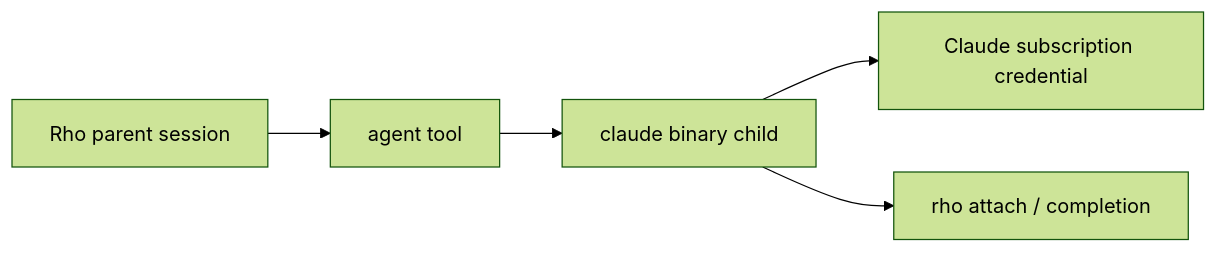
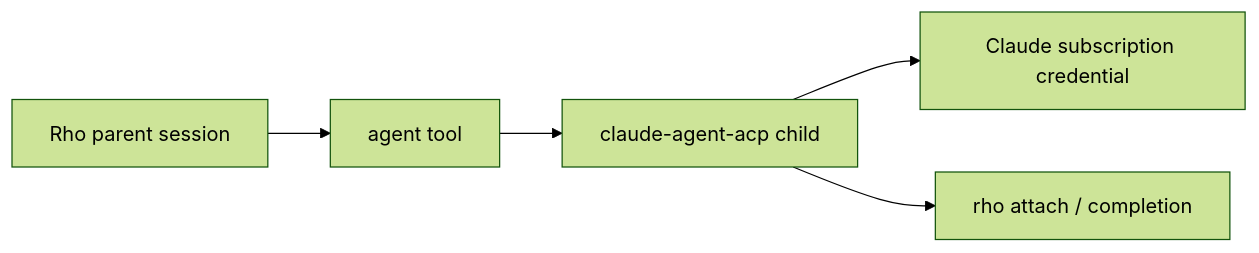
One commit to matthewyjiang/rho changed the first of 2 diagrams in docs/subagents/claude-cli.md. Above: the diagram before and after it, drawn with Mermaid (forest theme). The commit also changed other lines of this file and 127 other files, not shown here.

First line of the commit message:
feat(claude): run claude code through claude-agent-acp

````diff
--- a/docs/subagents/claude-cli.md
+++ b/docs/subagents/claude-cli.md
@@ -7,7 +9,7 @@
 ```mermaid
 flowchart LR
     parent[Rho parent session] --> agentTool[agent tool]
-    agentTool --> claude[claude binary child]
+    agentTool --> claude[claude-agent-acp child]
     claude --> sub[Claude subscription credential]
     claude --> attach[rho attach / completion]
 ```
````
